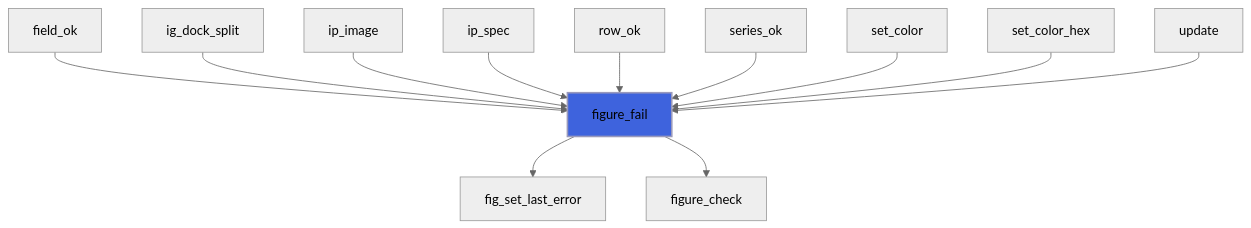
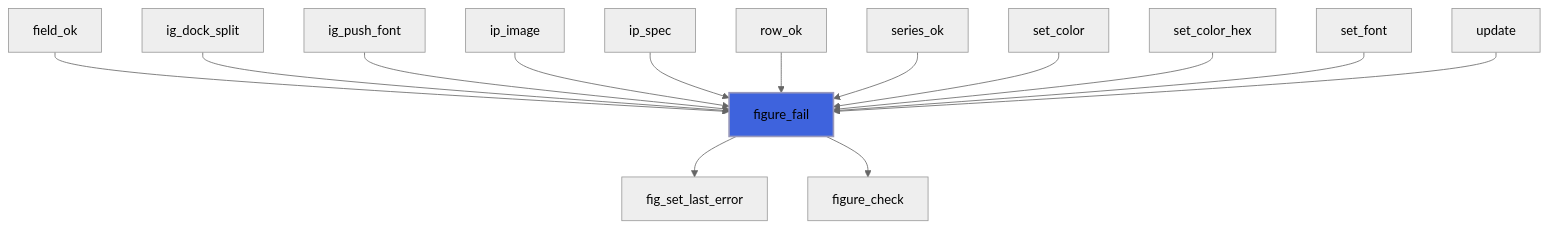
Before and after one commit to szaghi/figure: the third of 5 diagrams in docs/api/src/lib/figure_base.md, drawn with Mermaid (neutral theme). The commit also changed other lines of this file and 48 other files, not shown here.

````diff
--- a/docs/api/src/lib/figure_base.md
+++ b/docs/api/src/lib/figure_base.md
@@ -112,15 +115,17 @@
 ```mermaid
 flowchart TD
   field_ok["field_ok"] --> figure_fail["figure_fail"]
   ig_dock_split["ig_dock_split"] --> figure_fail["figure_fail"]
+  ig_push_font["ig_push_font"] --> figure_fail["figure_fail"]
   ip_image["ip_image"] --> figure_fail["figure_fail"]
   ip_spec["ip_spec"] --> figure_fail["figure_fail"]
   row_ok["row_ok"] --> figure_fail["figure_fail"]
   series_ok["series_ok"] --> figure_fail["figure_fail"]
   set_color["set_color"] --> figure_fail["figure_fail"]
   set_color_hex["set_color_hex"] --> figure_fail["figure_fail"]
+  set_font["set_font"] --> figure_fail["figure_fail"]
   update["update"] --> figure_fail["figure_fail"]
   figure_fail["figure_fail"] --> fig_set_last_error["fig_set_last_error"]
   figure_fail["figure_fail"] --> figure_check["figure_check"]
   style figure_fail fill:#3e63dd,stroke:#99b,stroke-width:2px
 ```
````
